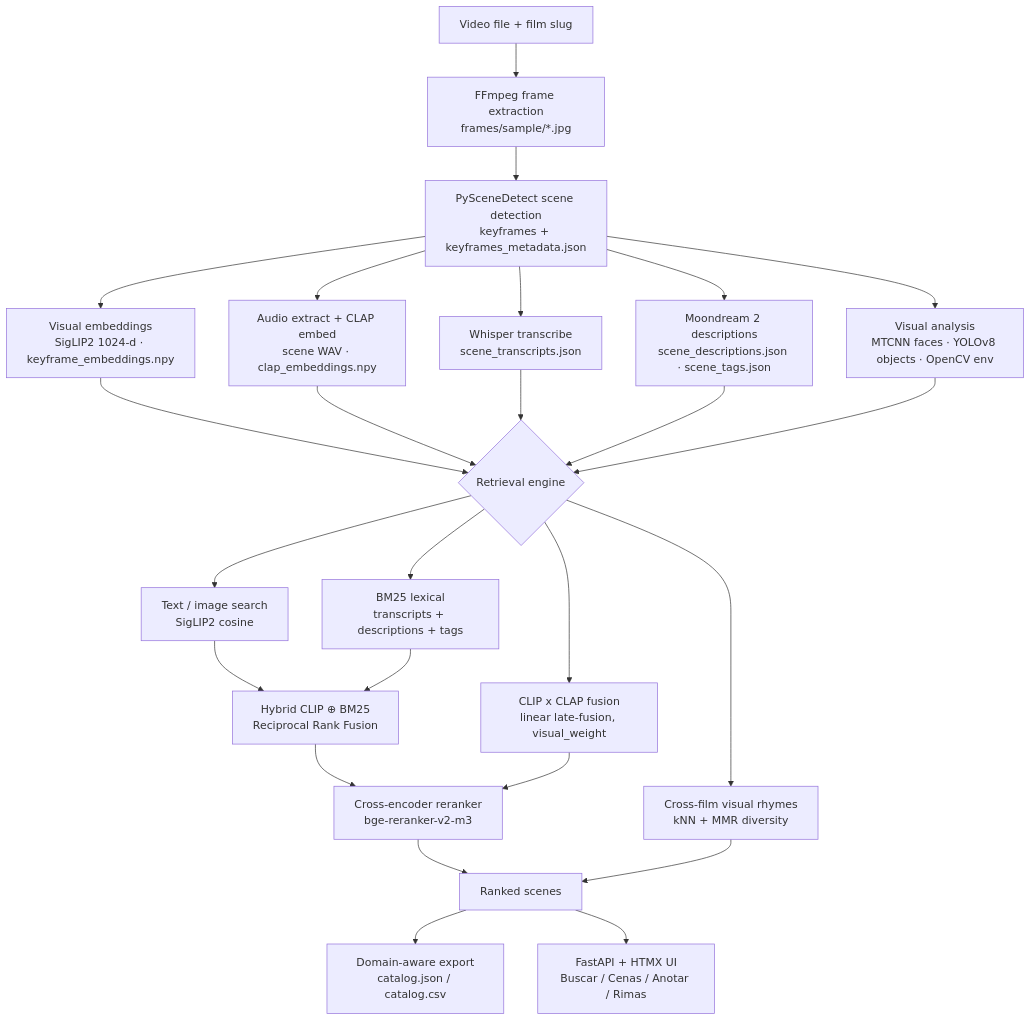
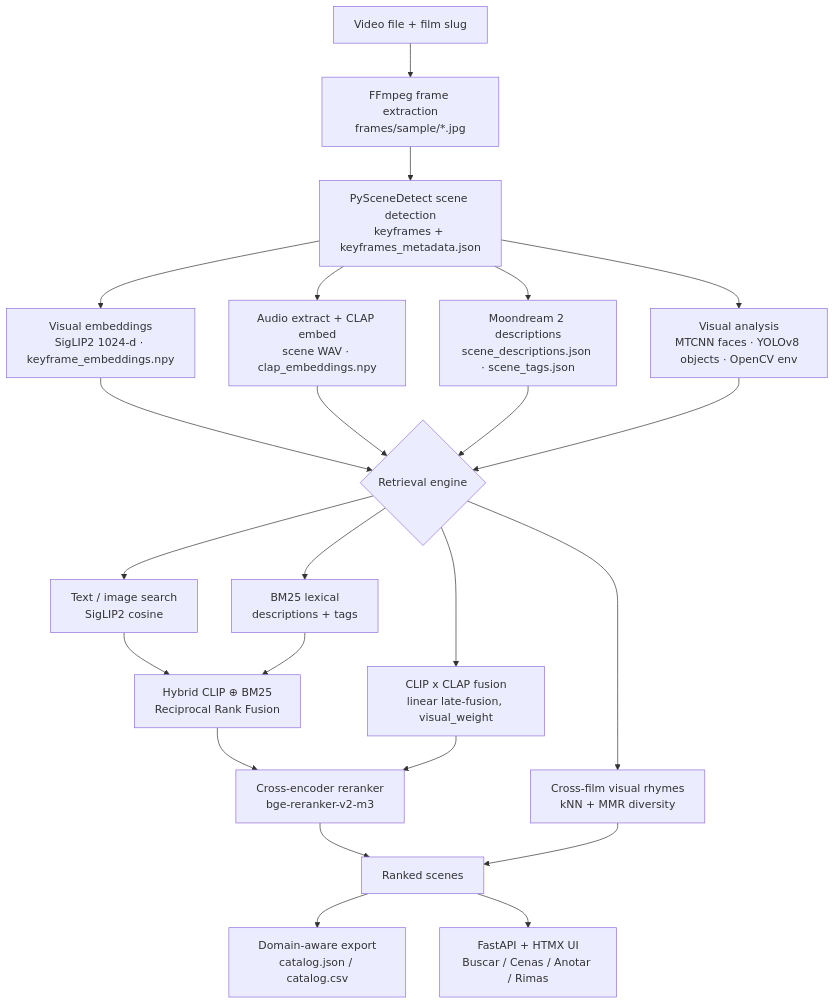
The diagram in README.md (guto-mojica/kuaa), drawn with Mermaid before and after one commit. The commit also changed other lines of this file and 1 other file, not shown here.

Commit message:
docs: purge Whisper/transcript references from README/ARCHITECTURE/MODEL_INVENTORY; changelog removal note (deferred to v0.8-rc)

````diff
--- a/README.md
+++ b/README.md
@@ -315,29 +315,27 @@
 ```mermaid
 flowchart TD
     V[Video file + film slug] --> FR[FFmpeg frame extraction<br/>frames/sample/*.jpg]
     FR --> SC[PySceneDetect scene detection<br/>keyframes + keyframes_metadata.json]
     SC --> VIS[Visual analysis<br/>MTCNN faces · YOLOv8 objects · OpenCV env]
     SC --> EMB[Visual embeddings<br/>SigLIP2 1024-d · keyframe_embeddings.npy]
     SC --> AUD[Audio extract + CLAP embed<br/>scene WAV · clap_embeddings.npy]
-    SC --> AT[Whisper transcribe<br/>scene_transcripts.json]
     SC --> LLM[Moondream 2 descriptions<br/>scene_descriptions.json · scene_tags.json]
 
     EMB --> RET{Retrieval engine}
     AUD --> RET
-    AT --> RET
     LLM --> RET
     VIS --> RET
 
     RET --> TXT[Text / image search<br/>SigLIP2 cosine]
-    RET --> BM25[BM25 lexical<br/>transcripts + descriptions + tags]
+    RET --> BM25[BM25 lexical<br/>descriptions + tags]
     TXT --> HYB[Hybrid CLIP &oplus; BM25<br/>Reciprocal Rank Fusion]
     BM25 --> HYB
     RET --> FUS[CLIP x CLAP fusion<br/>linear late-fusion, visual_weight]
     RET --> RHY[Cross-film visual rhymes<br/>kNN + MMR diversity]
     HYB --> RR[Cross-encoder reranker<br/>bge-reranker-v2-m3]
     FUS --> RR
     RR --> RES[Ranked scenes]
     RHY --> RES
     RES --> EXP[Domain-aware export<br/>catalog.json / catalog.csv]
     RES --> UI[FastAPI + HTMX UI<br/>Buscar / Cenas / Anotar / Rimas]
 ```
````
